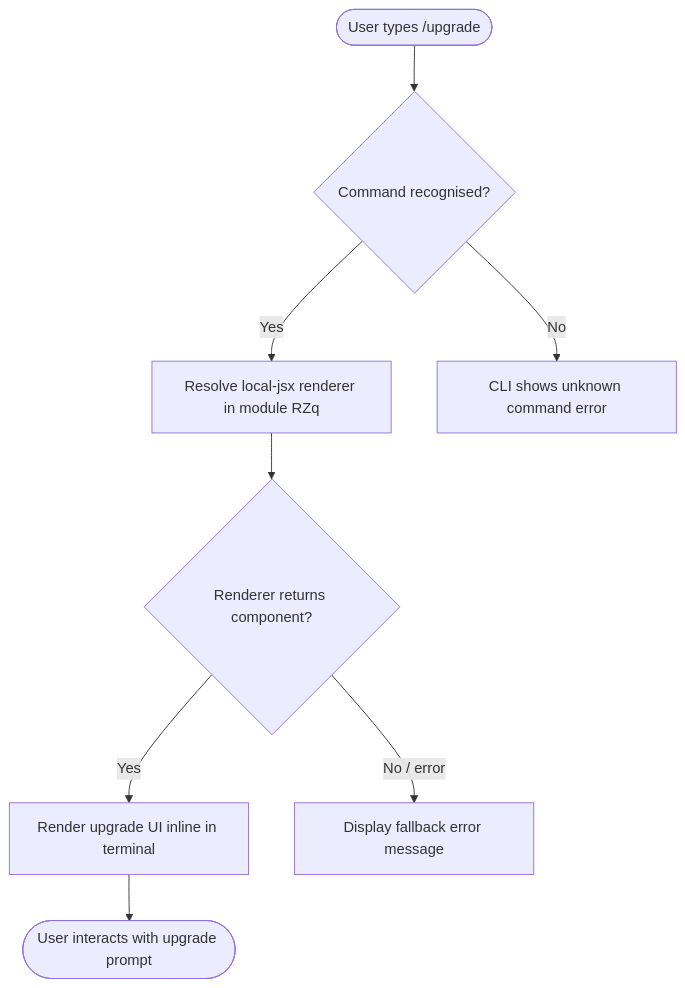
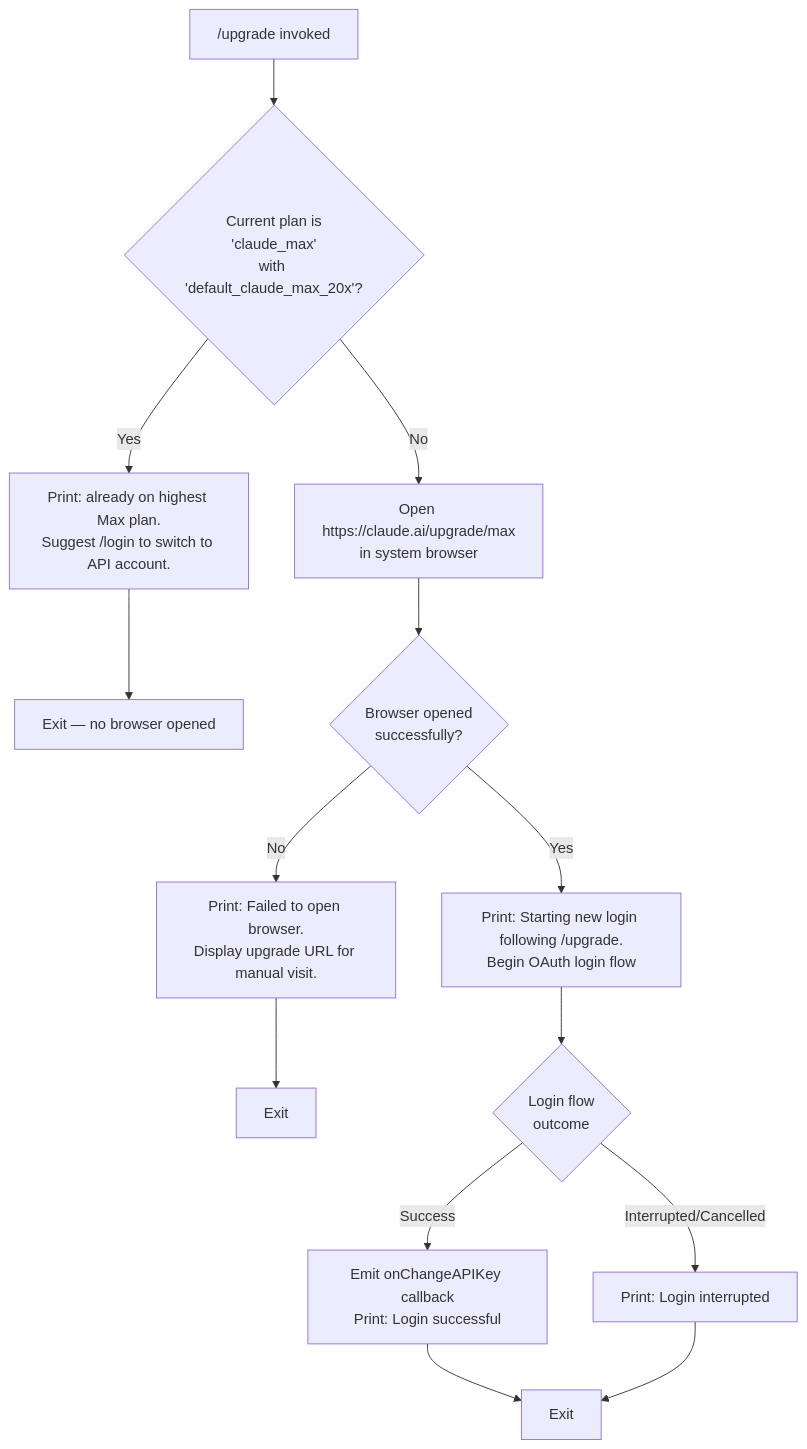
The diagram in versions/v2.1.147/upgrade.md (MyLittleLuckyDog/cc-gnothi), drawn with Mermaid before and after one commit. The commit also changed other lines of this file and 496 other files, not shown here.

````diff
--- a/versions/v2.1.147/upgrade.md
+++ b/versions/v2.1.147/upgrade.md
@@ -50,10 +54,16 @@
 ```mermaid
 flowchart TD
-    A([User types /upgrade]) --> B{Command recognised?}
-    B -- Yes --> C[Resolve local-jsx renderer in module RZq]
-    B -- No --> D[CLI shows unknown command error]
-    C --> E{Renderer returns component?}
-    E -- Yes --> F[Render upgrade UI inline in terminal]
-    E -- No / error --> G[Display fallback error message]
-    F --> H([User interacts with upgrade prompt])
+    A["/upgrade invoked"] --> B{Current plan is\n'claude_max'\nwith 'default_claude_max_20x'?}
+    B -- Yes --> C["Print: already on highest Max plan.\nSuggest /login to switch to API account."]
+    C --> Z[Exit — no browser opened]
+    B -- No --> D["Open https://claude.ai/upgrade/max\nin system browser"]
+    D --> E{Browser opened\nsuccessfully?}
+    E -- No --> F["Print: Failed to open browser.\nDisplay upgrade URL for manual visit."]
+    F --> Z2[Exit]
+    E -- Yes --> G["Print: Starting new login following /upgrade.\nBegin OAuth login flow"]
+    G --> H{Login flow\noutcome}
+    H -- Success --> I["Emit onChangeAPIKey callback\nPrint: Login successful"]
+    H -- Interrupted/Cancelled --> J["Print: Login interrupted"]
+    I --> Z3[Exit]
+    J --> Z3
 ```
````
